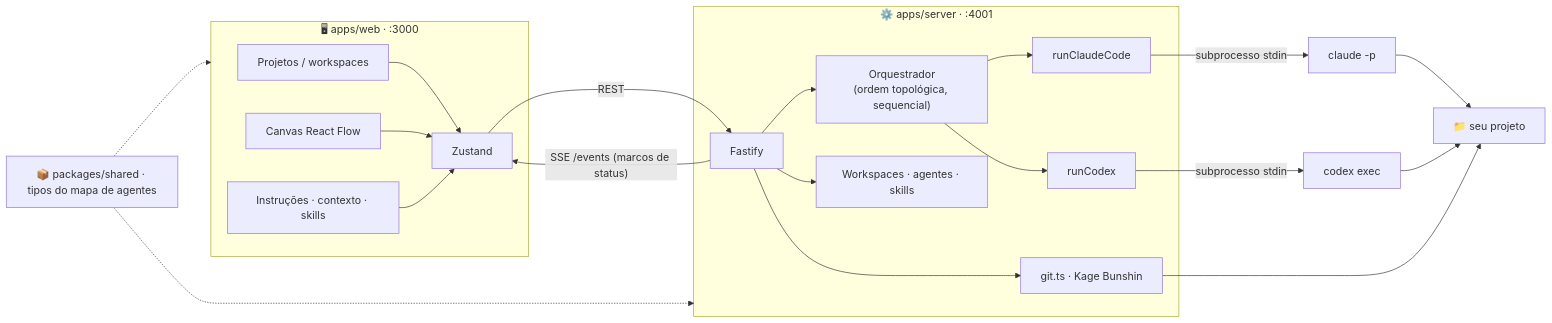
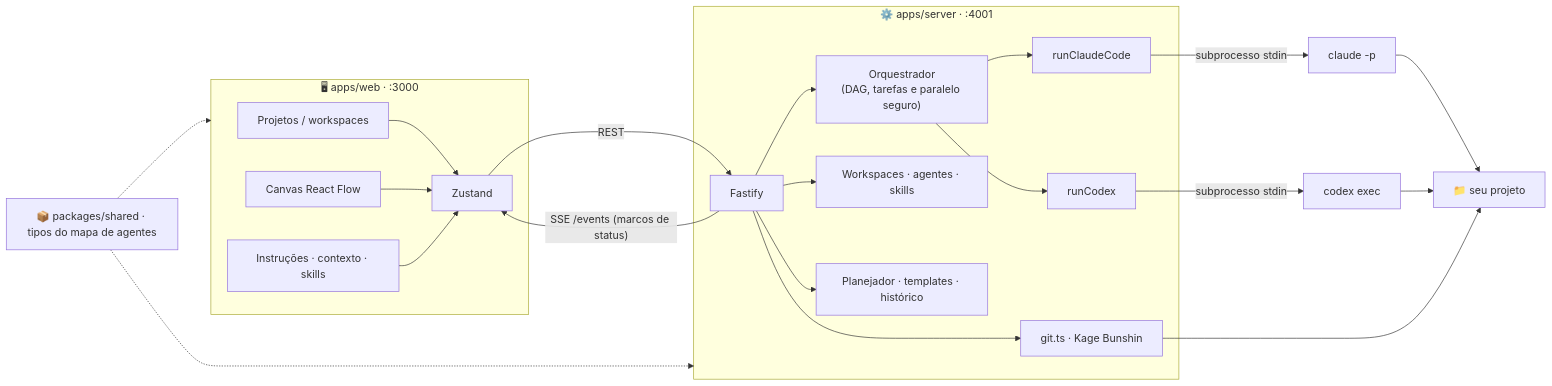
One commit to Peedrohenrique/sasori changed the diagram in README.md. Above: the diagram before and after it, drawn with Mermaid. The commit also changed other lines of this file and 20 other files, not shown here.

````diff
--- a/README.md
+++ b/README.md
@@ -119,22 +149,23 @@
 ```mermaid
 flowchart LR
     subgraph web ["🖥 apps/web · :3000"]
         Sidebar["Projetos / workspaces"] --> Store["Zustand"]
         Canvas["Canvas React Flow"] --> Store
         Inspector["Instruções · contexto · skills"] --> Store
     end
     subgraph server ["⚙️ apps/server · :4001"]
-        API["Fastify"] --> Orq["Orquestrador<br/>(ordem topológica, sequencial)"]
+        API["Fastify"] --> Orq["Orquestrador<br/>(DAG, tarefas e paralelo seguro)"]
         API --> Library["Workspaces · agentes · skills"]
+        API --> Planner["Planejador · templates · histórico"]
         Orq --> RC["runClaudeCode"]
         Orq --> RX["runCodex"]
         API --> Git["git.ts · Kage Bunshin"]
     end
     Store -- "REST" --> API
     API -- "SSE /events (marcos de status)" --> Store
     RC -- "subprocesso stdin" --> CLI1["claude -p"]
     RX -- "subprocesso stdin" --> CLI2["codex exec"]
     CLI1 & CLI2 --> Alvo["📁 seu projeto"]
     Git --> Alvo
     shared["📦 packages/shared · tipos do mapa de agentes"] -.-> web & server
 ```
````
